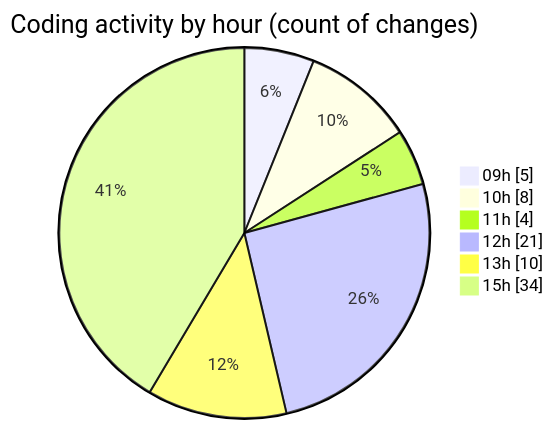
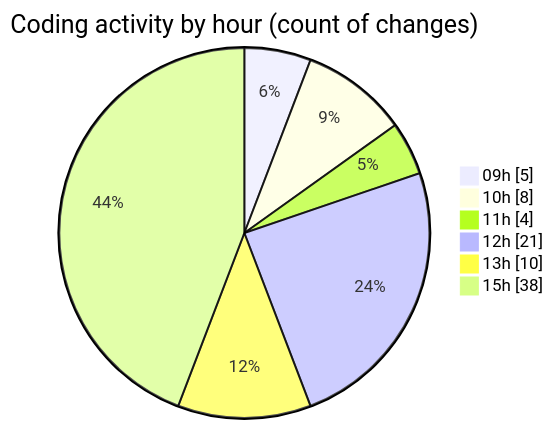
Before and after one commit to momahboobian/code-tracking: the second of 2 diagrams in 2026-11-05/cda/README.md, drawn with Mermaid. The commit also changed other lines of this file and 1 other file, not shown here.

````diff
--- a/2026-11-05/cda/README.md
+++ b/2026-11-05/cda/README.md
@@ -55,10 +59,10 @@
 ```mermaid
 pie showData
 title Coding activity by hour (count of changes)
 "09h" : 5
 "10h" : 8
 "11h" : 4
 "12h" : 21
 "13h" : 10
-"15h" : 34
+"15h" : 38
 ```
````
